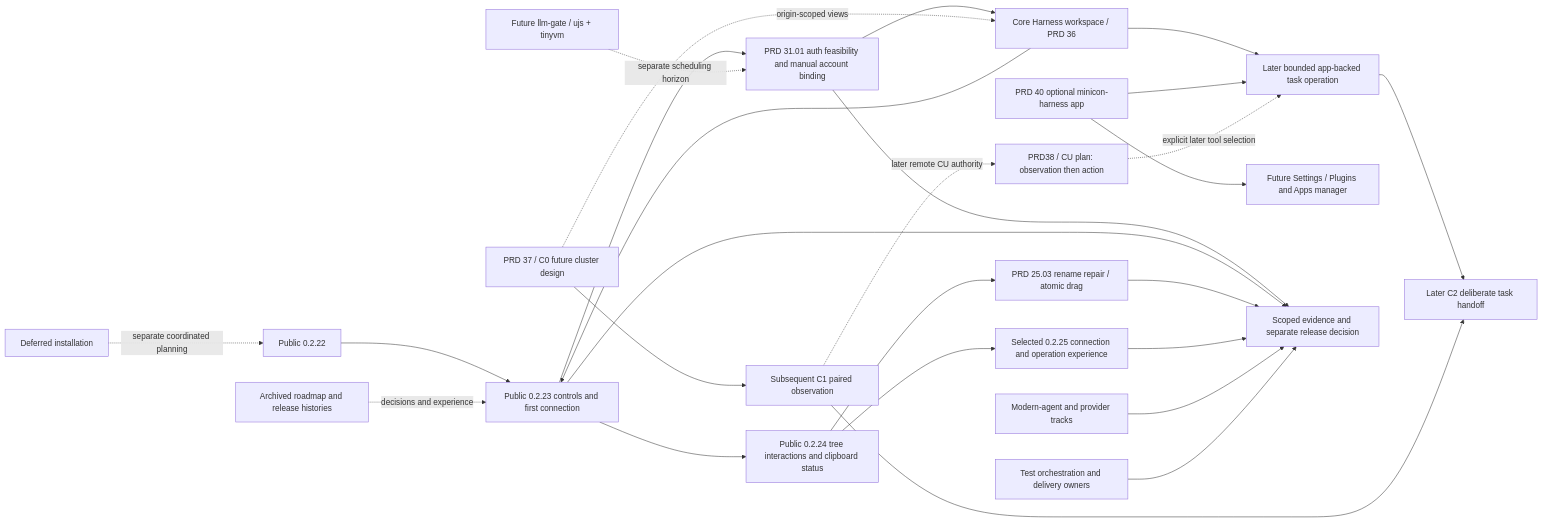
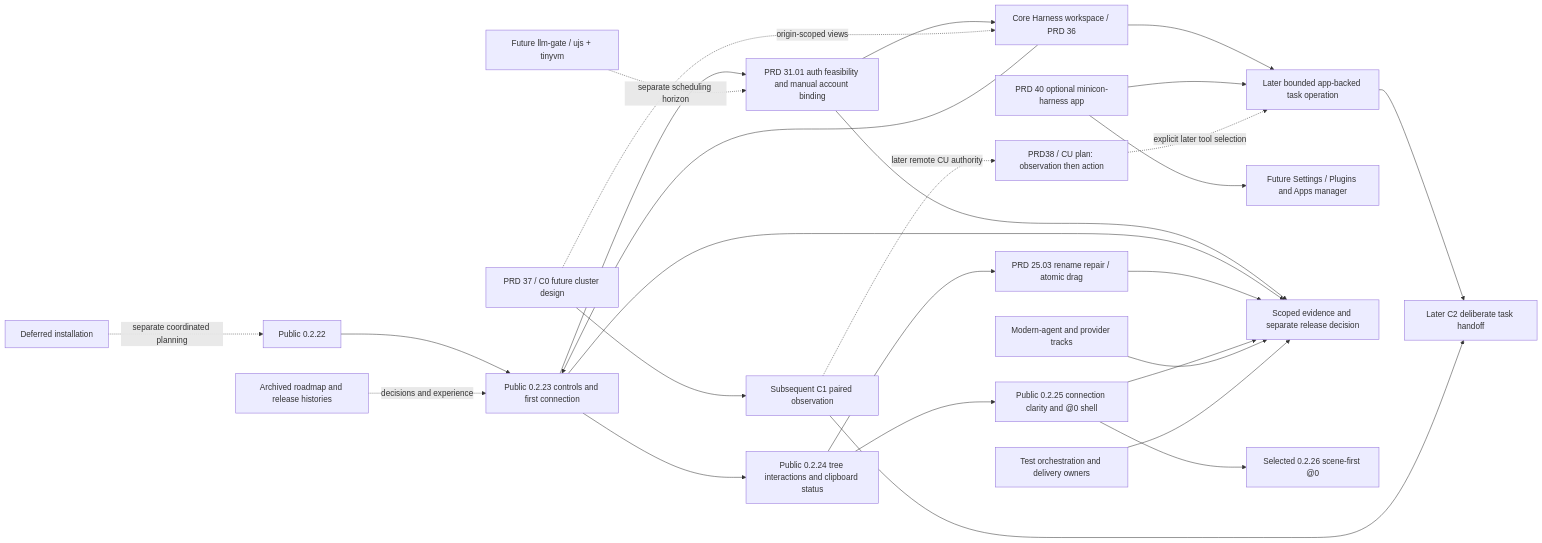
The diagram in plan/plan-v0.2.x-product-roadmap.md (partnernetsoftware/minicon), drawn with Mermaid before and after one commit. The commit also changed other lines of this file and 13 other files, not shown here.

````diff
--- a/plan/plan-v0.2.x-product-roadmap.md
+++ b/plan/plan-v0.2.x-product-roadmap.md
@@ -43,28 +44,29 @@
 ```mermaid
 flowchart LR
     B[Public 0.2.22] --> P[Public 0.2.23 controls and first connection]
     P --> A[PRD 31.01 auth feasibility and manual account binding]
     V[Core Harness workspace / PRD 36] --> P
     A --> V
     V --> L[Later bounded app-backed task operation]
     APP[PRD 40 optional minicon-harness app] --> L
     APP --> SET[Future Settings / Plugins and Apps manager]
     CL[PRD 37 / C0 future cluster design] -. origin-scoped views .-> V
     CL --> CP[Subsequent C1 paired observation]
     CU[PRD38 / CU plan: observation then action] -. explicit later tool selection .-> L
     CP -. later remote CU authority .-> CU
     L --> CT[Later C2 deliberate task handoff]
     CP --> CT
     A --> Q
     F[Future llm-gate / ujs + tinyvm] -. separate scheduling horizon .-> A
     P --> Q[Scoped evidence and separate release decision]
     P --> NEXT[Public 0.2.24 tree interactions and clipboard status]
     NEXT --> TREE[PRD 25.03 rename repair / atomic drag]
     TREE --> Q
-    NEXT --> V25[Selected 0.2.25 connection and operation experience]
+    NEXT --> V25[Public 0.2.25 connection clarity and @0 shell]
     V25 --> Q
+    V25 --> V26[Selected 0.2.26 scene-first @0]
     T[Modern-agent and provider tracks] --> Q
     O[Test orchestration and delivery owners] --> Q
     H[Archived roadmap and release histories] -. decisions and experience .-> P
     I[Deferred installation] -. separate coordinated planning .-> B
 ```
````
